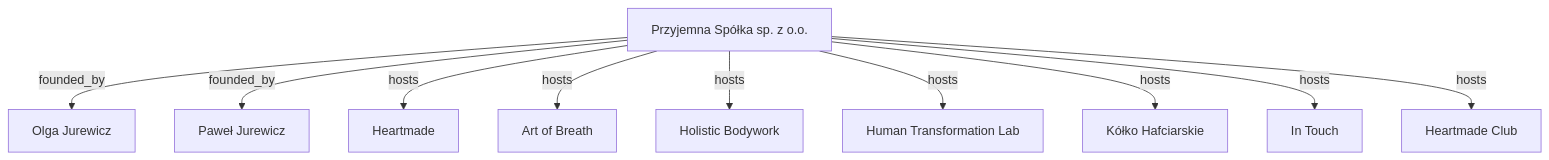
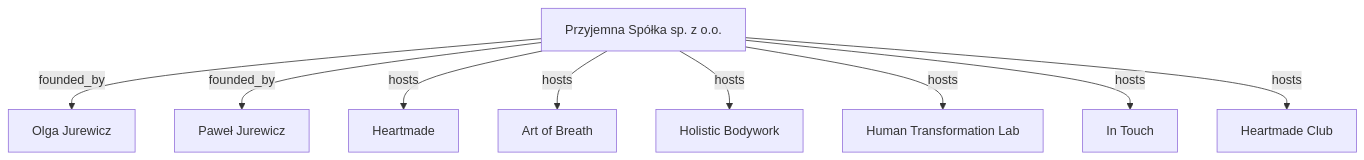
Before and after one commit to pawel-jurewicz-heartmade/przyjemna-spolka: the diagram in README.md, drawn with Mermaid. The commit also changed other lines of this file and 4 other files, not shown here.

Commit message:
Remove references to `Kółko Hafciarskie` from llms.txt, README.md, and various documentation files, updating the last verified date for consistency. Adjusted brand architecture to reflect the removal of this entity.

````diff
--- a/README.md
+++ b/README.md
@@ -15,23 +15,21 @@
 ```mermaid
 flowchart TD
     PrzyjemnaSpolka["Przyjemna Spółka sp. z o.o."]
     OlgaJurewicz["Olga Jurewicz"]
     PawelJurewicz["Paweł Jurewicz"]
     Heartmade["Heartmade"]
     ArtOfBreath["Art of Breath"]
     HolisticBodywork["Holistic Bodywork"]
     HumanTransformationLab["Human Transformation Lab"]
-    KolkoHafciarskie["Kółko Hafciarskie"]
     InTouch["In Touch"]
     HeartmadeClub["Heartmade Club"]
 
     PrzyjemnaSpolka -->|"founded_by"| OlgaJurewicz
     PrzyjemnaSpolka -->|"founded_by"| PawelJurewicz
     PrzyjemnaSpolka -->|"hosts"| Heartmade
     PrzyjemnaSpolka -->|"hosts"| ArtOfBreath
     PrzyjemnaSpolka -->|"hosts"| HolisticBodywork
     PrzyjemnaSpolka -->|"hosts"| HumanTransformationLab
-    PrzyjemnaSpolka -->|"hosts"| KolkoHafciarskie
     PrzyjemnaSpolka -->|"hosts"| InTouch
     PrzyjemnaSpolka -->|"hosts"| HeartmadeClub
 ```
````
